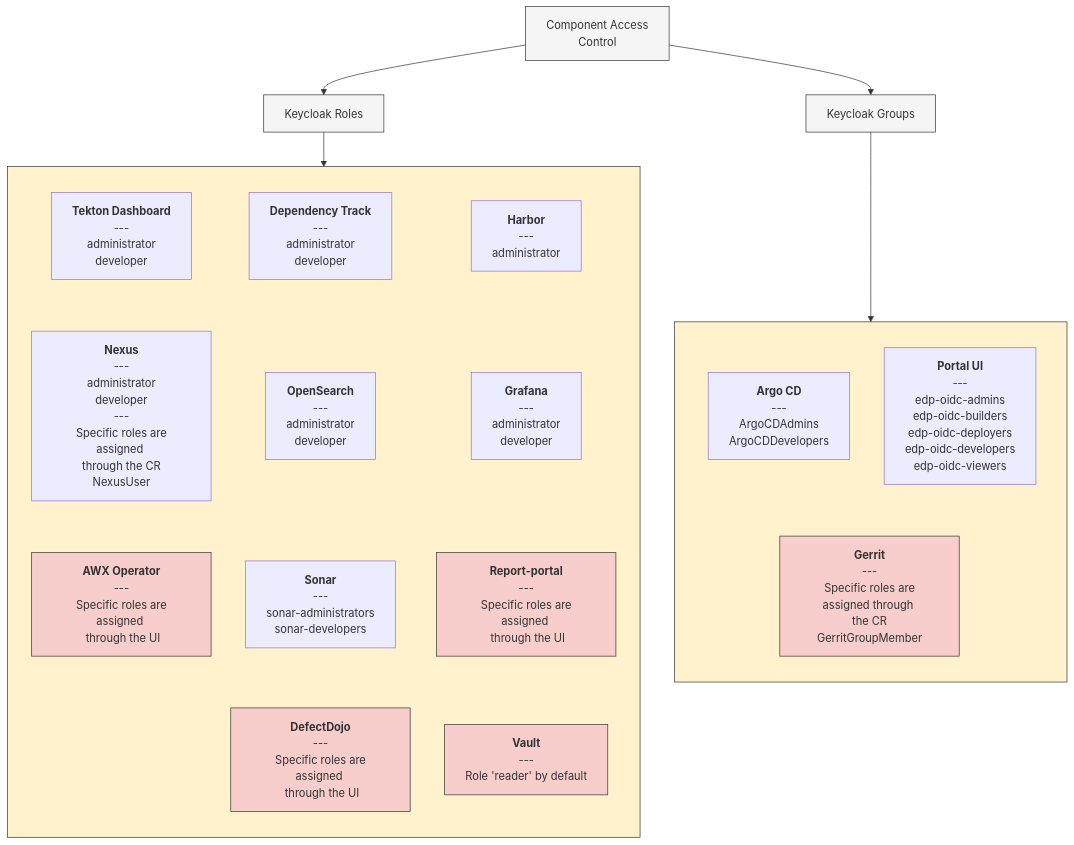
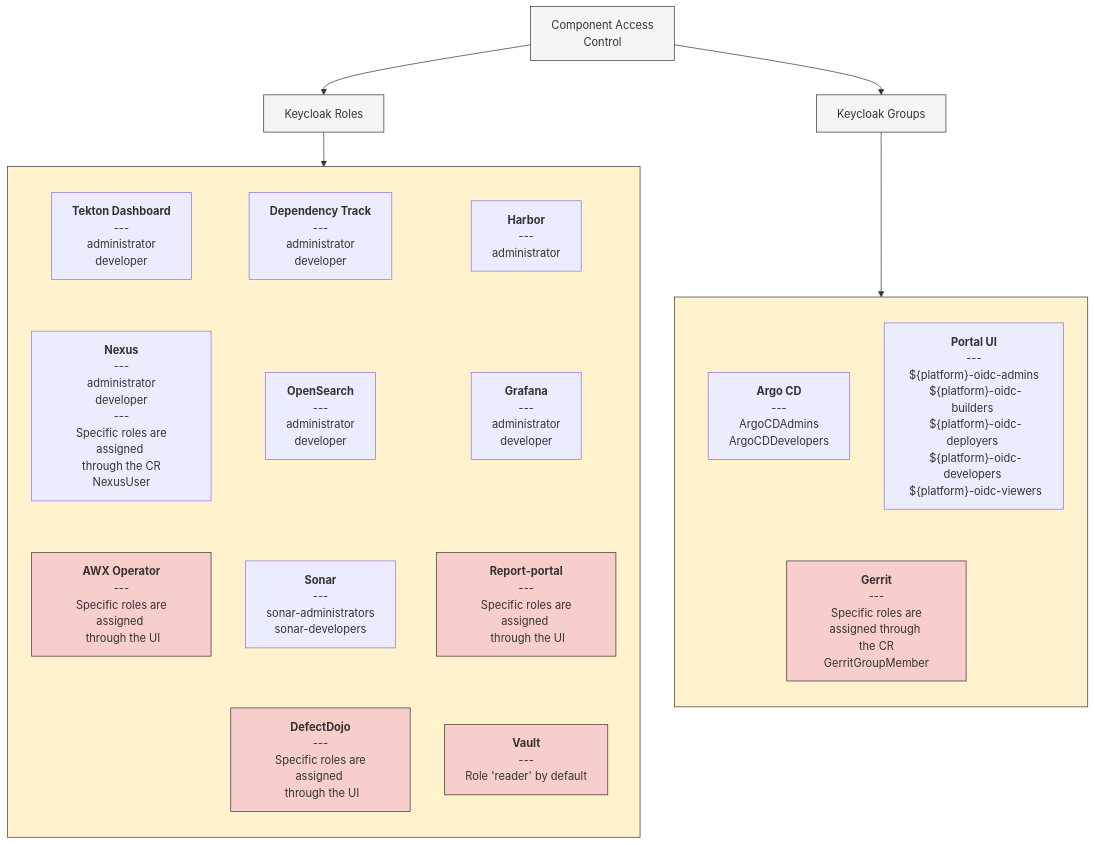
One commit to KubeRocketCI/docs changed the second of 2 diagrams in versioned_docs/version-3.9.0/operator-guide/auth/platform-auth-model.md. Above: the diagram before and after it, drawn with Mermaid. The commit also changed other lines of this file and 2 other files, not shown here.

````diff
--- a/versioned_docs/version-3.9.0/operator-guide/auth/platform-auth-model.md
+++ b/versioned_docs/version-3.9.0/operator-guide/auth/platform-auth-model.md
@@ -330,54 +61,54 @@
 ```mermaid
 graph TD;
     style component_access_control fill:#F5F5F5,stroke:#333,stroke-width:1px
     style keycloak_roles fill:#F5F5F5,stroke:#333,stroke-width:1px
     style keycloak_groups fill:#F5F5F5,stroke:#333,stroke-width:1px
     style mock_object fill:#FFF2CC,stroke:#FFF2CC,stroke-width:1px
     style AWX-operator fill:#F8CECC,stroke:#333,stroke-width:1px
     style DefectDojo fill:#F8CECC,stroke:#333,stroke-width:1px
     style ReportPortal fill:#F8CECC,stroke:#333,stroke-width:1px
     style Vault fill:#F8CECC,stroke:#333,stroke-width:1px
     style Gerrit fill:#F8CECC,stroke:#333,stroke-width:1px
     style keycloak_roles_components fill:#FFF2CC,stroke:#333,stroke-width:1px
     style keycloak_groups_components fill:#FFF2CC,stroke:#333,stroke-width:1px
 
     subgraph keycloak_roles_components [" "]
         direction TB
         DependencyTrack["<b>Dependency Track</b><br> --- <br> administrator <br> developer"]
         Harbor["<b>Harbor</b><br> --- <br> administrator"]
         TektonDashboard["<b>Tekton Dashboard</b><br> --- <br> administrator <br> developer"]
 
         OpenSearch["<b>OpenSearch</b><br> --- <br> administrator <br> developer"]
         Grafana["<b>Grafana</b><br> --- <br> administrator <br> developer"]
 
         Sonar["<b>Sonar</b><br> --- <br> sonar-administrators <br> sonar-developers"]
         Nexus["<b>Nexus</b><br> --- <br> administrator <br> developer <br> --- <br> Specific roles are assigned <br> through the CR NexusUser"]
 
         AWX-operator["<b>AWX Operator</b><br> --- <br> Specific roles are assigned <br> through the UI"]
 
         DefectDojo["<b>DefectDojo</b><br> --- <br> Specific roles are assigned <br> through the UI"]
         ReportPortal["<b>Report-portal</b><br> --- <br> Specific roles are assigned <br> through the UI"]
 
         Vault["<b>Vault</b><br> --- <br> Role 'reader' by default"]
 
         DependencyTrack ~~~ OpenSearch ~~~ Sonar ~~~ DefectDojo
         Harbor ~~~ Grafana ~~~ ReportPortal ~~~ Vault
         TektonDashboard ~~~ Nexus ~~~ AWX-operator ~~~ mock_object[" "]
     end
 
     subgraph keycloak_groups_components [" "]
         direction TB
         ArgoCD["<b>Argo CD</b><br> --- <br> ArgoCDAdmins <br> ArgoCDDevelopers"]
-        PortalUI["<b>Portal UI</b><br> --- <br> edp-oidc-admins <br> edp-oidc-builders <br> edp-oidc-deployers <br> edp-oidc-developers <br> edp-oidc-viewers"]
+        PortalUI["<b>Portal UI</b><br> --- <br> ${platform}-oidc-admins <br> ${platform}-oidc-builders <br> ${platform}-oidc-deployers <br> ${platform}-oidc-developers <br> ${platform}-oidc-viewers"]
 
         Gerrit["<b>Gerrit</b><br> --- <br> Specific roles are assigned through <br> the CR GerritGroupMember"]
         ArgoCD ~~~ Gerrit
         PortalUI ~~~ Gerrit
     end
 
     keycloak_roles --> keycloak_roles_components
     keycloak_groups --> keycloak_groups_components
 
     component_access_control["Component Access <br> Control"] --> keycloak_roles["Keycloak Roles"]
     component_access_control["Component Access <br> Control"] --> keycloak_groups["Keycloak Groups"]
 ```
````
